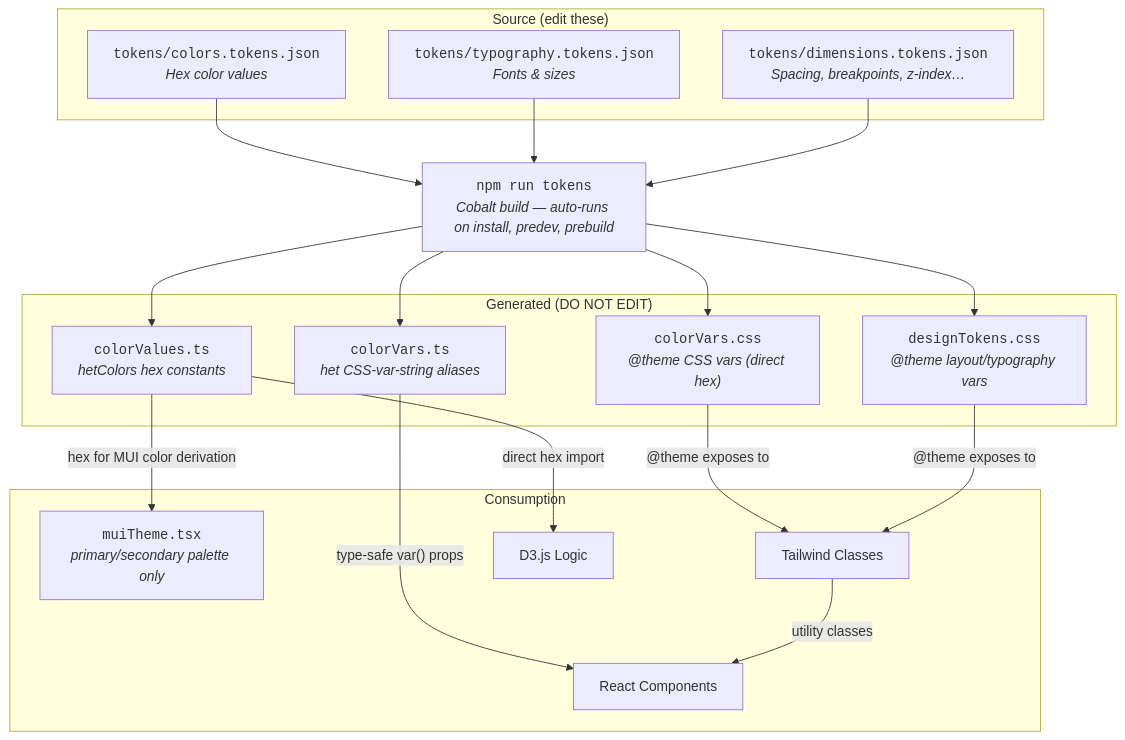
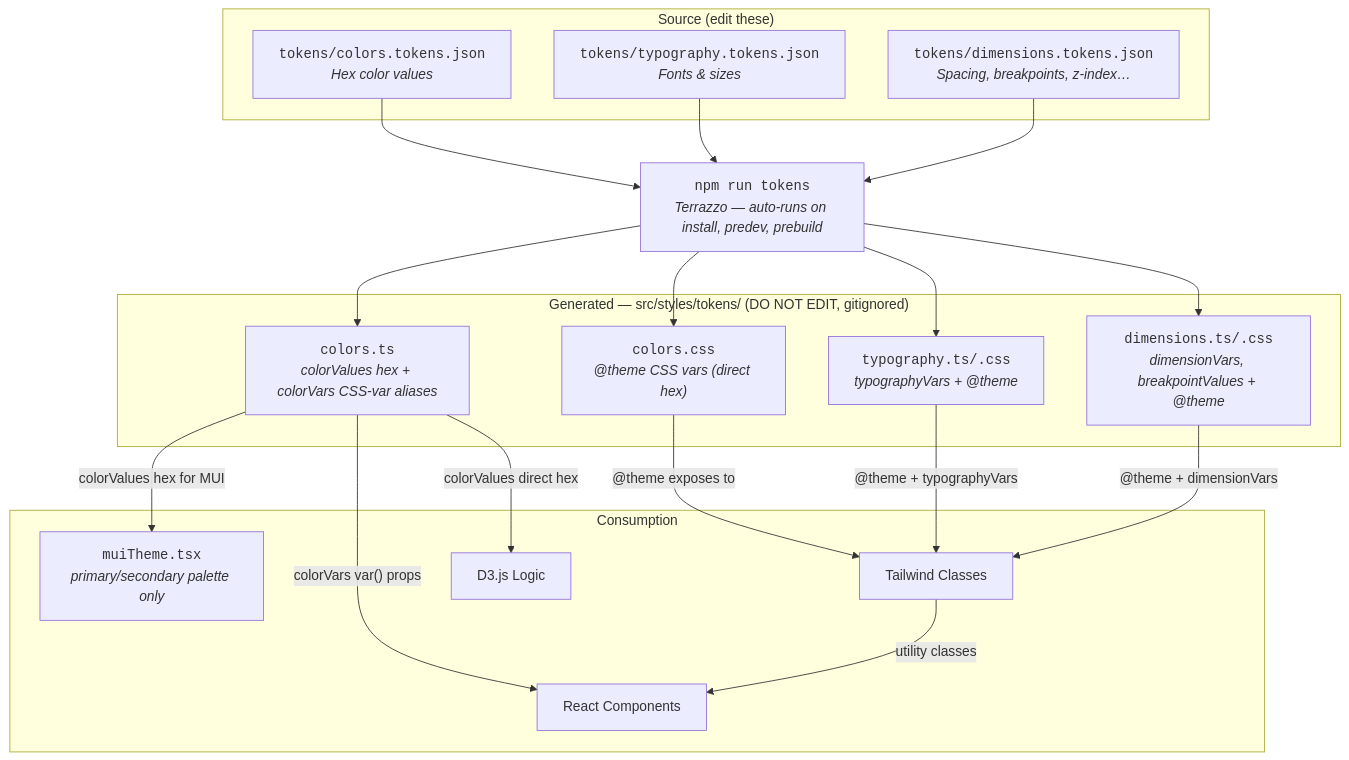
Before and after one commit to SatcherInstitute/health-equity-tracker: the diagram in README.md, drawn with Mermaid. The commit also changed other lines of this file and 1 other file, not shown here.

Commit message:
docs: update CLAUDE.md and README to reflect Terrazzo pipeline and new file paths
- Replace Cobalt references with Terrazzo throughout
- Update generated file paths from src/styles/theme/ to src/styles/tokens/
- Update export names: het->colorVars, hetColors->colorValues
- Update Key File Locations table in CLAUDE.md
- Update mermaid diagram node labels in README

````diff
--- a/README.md
+++ b/README.md
@@ -268,40 +268,41 @@
 ```mermaid
 flowchart TD
     %% Source Layer
     subgraph Source["Source (edit these)"]
         CT["<code>tokens/colors.tokens.json</code><br/><i>Hex color values</i>"]
         TT["<code>tokens/typography.tokens.json</code><br/><i>Fonts &amp; sizes</i>"]
         DT["<code>tokens/dimensions.tokens.json</code><br/><i>Spacing, breakpoints, z-index…</i>"]
     end
 
     %% Build Step
-    BUILD["<code>npm run tokens</code><br/><i>Cobalt build — auto-runs on install, predev, prebuild</i>"]
+    BUILD["<code>npm run tokens</code><br/><i>Terrazzo — auto-runs on install, predev, prebuild</i>"]
 
     %% Generated Layer
-    subgraph Generated["Generated (DO NOT EDIT)"]
-        HEX["<code>colorValues.ts</code><br/><i>hetColors hex constants</i>"]
-        CV_CSS["<code>colorVars.css</code><br/><i>@theme CSS vars (direct hex)</i>"]
-        CV_TS["<code>colorVars.ts</code><br/><i>het CSS-var-string aliases</i>"]
-        DES["<code>designTokens.css</code><br/><i>@theme layout/typography vars</i>"]
+    subgraph Generated["Generated — src/styles/tokens/ (DO NOT EDIT, gitignored)"]
+        HEX["<code>colors.ts</code><br/><i>colorValues hex + colorVars CSS-var aliases</i>"]
+        CV_CSS["<code>colors.css</code><br/><i>@theme CSS vars (direct hex)</i>"]
+        TYP["<code>typography.ts/.css</code><br/><i>typographyVars + @theme</i>"]
+        DES["<code>dimensions.ts/.css</code><br/><i>dimensionVars, breakpointValues + @theme</i>"]
     end
 
     %% Consumption Layer
     subgraph Consumption
         MUI_T["<code>muiTheme.tsx</code><br/><i>primary/secondary palette only</i>"]
         TW["Tailwind Classes"]
         D3["D3.js Logic"]
         REACT["React Components"]
     end
 
     CT --> BUILD
     TT --> BUILD
     DT --> BUILD
-    BUILD --> HEX & CV_CSS & CV_TS & DES
+    BUILD --> HEX & CV_CSS & TYP & DES
 
-    HEX -->|"hex for MUI color derivation"| MUI_T
-    HEX -->|"direct hex import"| D3
+    HEX -->|"colorValues hex for MUI"| MUI_T
+    HEX -->|"colorValues direct hex"| D3
     CV_CSS -->|"@theme exposes to"| TW
-    CV_TS -->|"type-safe var() props"| REACT
-    DES -->|"@theme exposes to"| TW
+    HEX -->|"colorVars var() props"| REACT
+    TYP -->|"@theme + typographyVars"| TW
+    DES -->|"@theme + dimensionVars"| TW
     TW -->|"utility classes"| REACT
 ```
````
